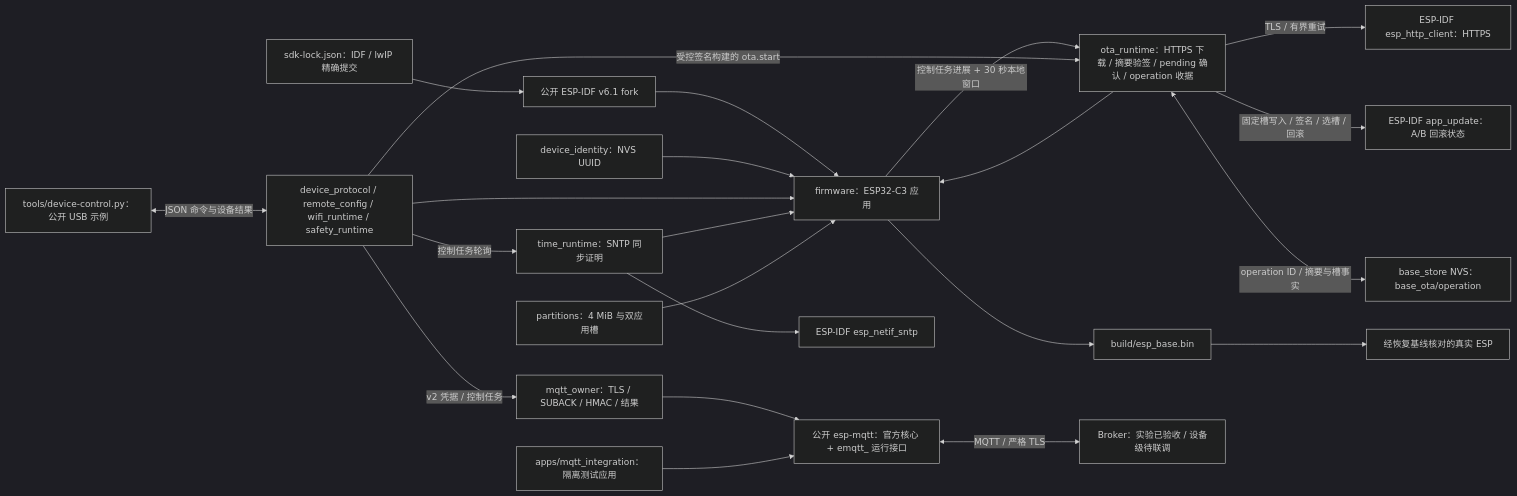
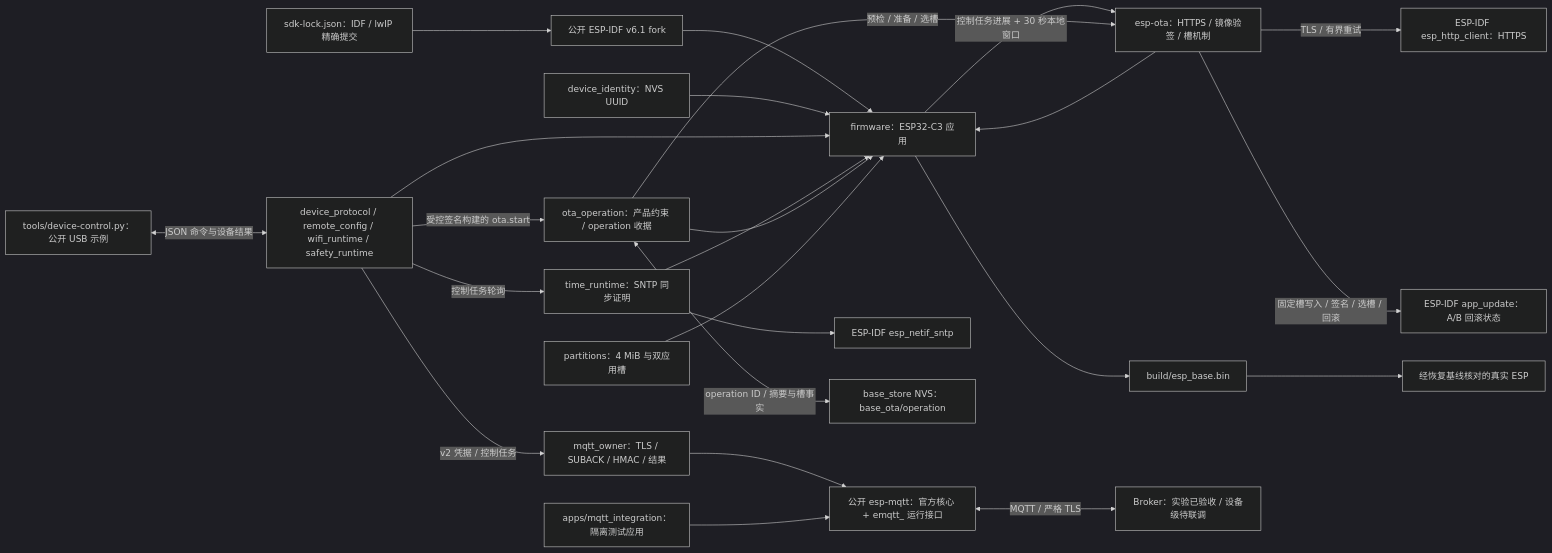
One commit to darren-you/esp-base changed the diagram in README.md. Above: the diagram before and after it, drawn with Mermaid (dark theme). The commit also changed other lines of this file and 34 other files, not shown here.

Commit message:
将 Base OTA 通用机制硬切到公开 esp-ota

````diff
--- a/README.md
+++ b/README.md
@@ -7,24 +7,26 @@
 ```mermaid
 flowchart LR
     sdk_lock["sdk-lock.json：IDF / lwIP 精确提交"] --> sdk["公开 ESP-IDF v6.1 fork"]
     sdk --> firmware["firmware：ESP32-C3 应用"]
     identity["device_identity：NVS UUID"] --> firmware
     state["device_protocol / remote_config / wifi_runtime / safety_runtime"] --> firmware
     state -->|"v2 凭据 / 控制任务"| mqtt_owner["mqtt_owner：TLS / SUBACK / HMAC / 结果"]
     mqtt_owner --> mqtt
     time["time_runtime：SNTP 同步证明"] --> firmware
     state -->|"控制任务轮询"| time
     time --> idf_time["ESP-IDF esp_netif_sntp"]
-    ota["ota_runtime：HTTPS 下载 / 摘要验签 / pending 确认 / operation 收据"] --> firmware
+    ota["esp-ota：HTTPS / 镜像验签 / 槽机制"] --> firmware
+    receipt["ota_operation：产品约束 / operation 收据"] --> firmware
     firmware -->|"控制任务进展 + 30 秒本地窗口"| ota
-    state -->|"受控签名构建的 ota.start"| ota
+    state -->|"受控签名构建的 ota.start"| receipt
+    receipt -->|"预检 / 准备 / 选槽"| ota
     ota -->|"TLS / 有界重试"| https["ESP-IDF esp_http_client：HTTPS"]
     ota -->|"固定槽写入 / 签名 / 选槽 / 回滚"| slot["ESP-IDF app_update：A/B 回滚状态"]
-    ota <-->|"operation ID / 摘要与槽事实"| receipt["base_store NVS：base_ota/operation"]
+    receipt <-->|"operation ID / 摘要与槽事实"| nvs["base_store NVS：base_ota/operation"]
     layout["partitions：4 MiB 与双应用槽"] --> firmware
     host["tools/device-control.py：公开 USB 示例"] <-->|"JSON 命令与设备结果"| state
     firmware --> image["build/esp_base.bin"]
     lab["apps/mqtt_integration：隔离测试应用"] --> mqtt["公开 esp-mqtt：官方核心 + emqtt_ 运行接口"]
     mqtt <-->|"MQTT / 严格 TLS"| broker["Broker：实验已验收 / 设备级待联调"]
     image --> board["经恢复基线核对的真实 ESP"]
 ```
````
